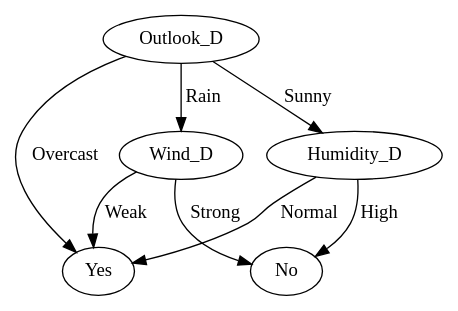
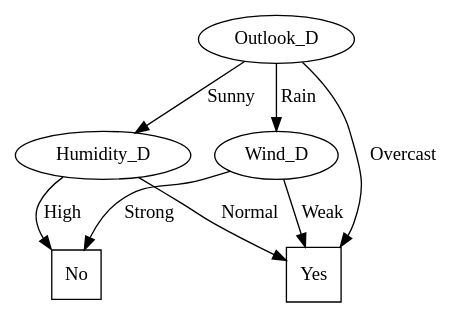
Before and after one commit to MostafaAbdallah/Machine_Learning_Algo_implementation: the diagram in ID3/Playtennis.gv, drawn with Graphviz. The commit also changed 7 other files, not shown here.

Commit message:
Handling Continuous Descriptive Features and modify the decision tree drawing

```diff
--- a/ID3/Playtennis.gv
+++ b/ID3/Playtennis.gv
@@ -1,19 +1,21 @@
-digraph finite_state_machine {
+digraph "Decision Tree of Playtennis" {
 	rankdir=TB size="8,5"
 	node [shape=ellipse]
-	Outlook_D
-	Outlook_D -> Humidity_D [label=Sunny]
-	Outlook_D -> Yes [label=Overcast]
-	Outlook_D -> Wind_D [label=Rain]
-	Humidity_D
-	Humidity_D -> No [label=High]
-	Humidity_D -> Yes [label=Normal]
-	Yes
-	Wind_D
-	Wind_D -> Yes [label=Weak]
-	Wind_D -> No [label=Strong]
-	No
-	Yes
-	Yes
-	No
+	0 [label=Outlook_D]
+	1 [label=Humidity_D]
+	0 -> 1 [label=Sunny]
+	1 [label=Humidity_D]
+	No [shape=square]
+	1 -> No [label=High]
+	Yes [shape=square]
+	1 -> Yes [label=Normal]
+	Yes [shape=square]
+	0 -> Yes [label=Overcast]
+	9 [label=Wind_D]
+	0 -> 9 [label=Rain]
+	9 [label=Wind_D]
+	Yes [shape=square]
+	9 -> Yes [label=Weak]
+	No [shape=square]
+	9 -> No [label=Strong]
 }
```
